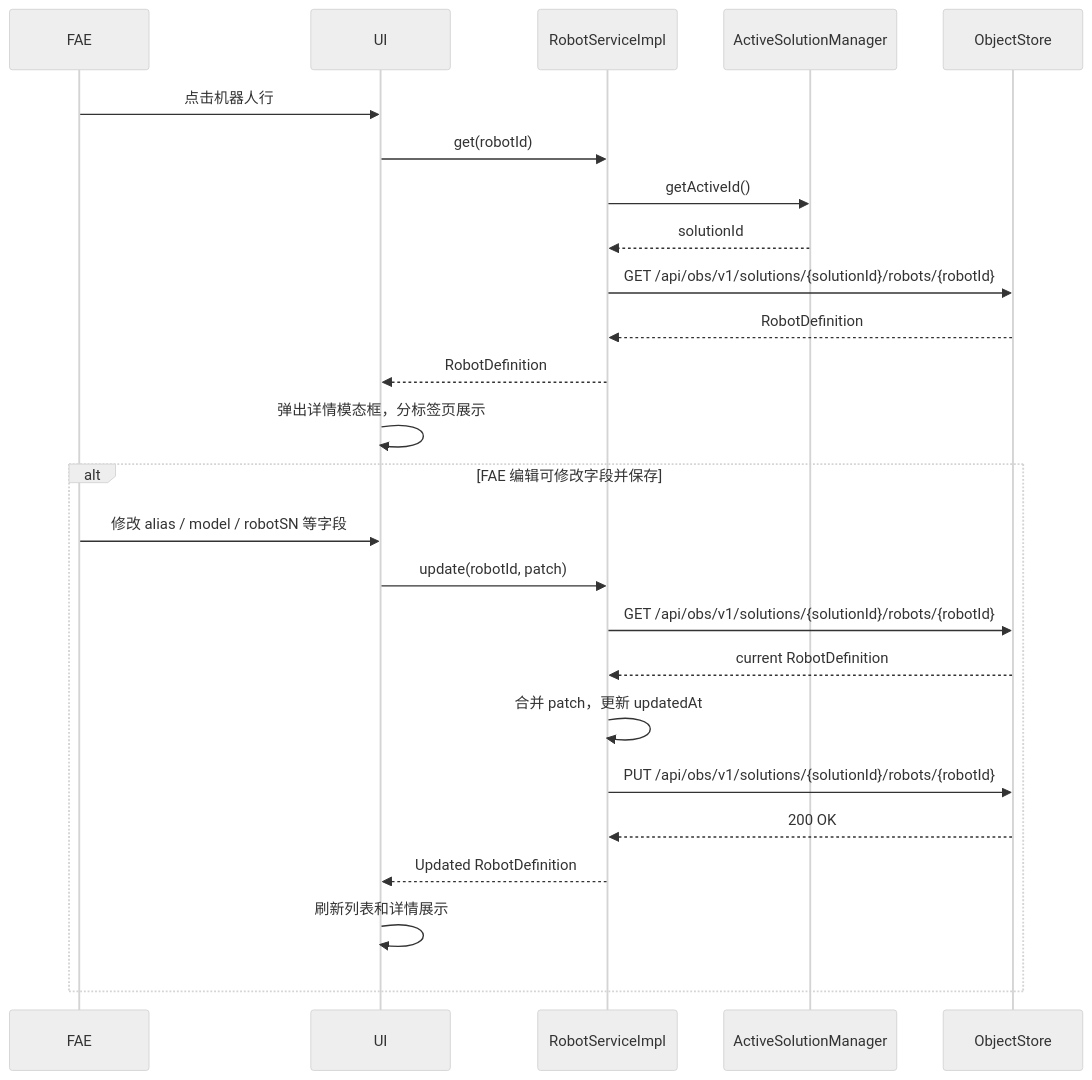
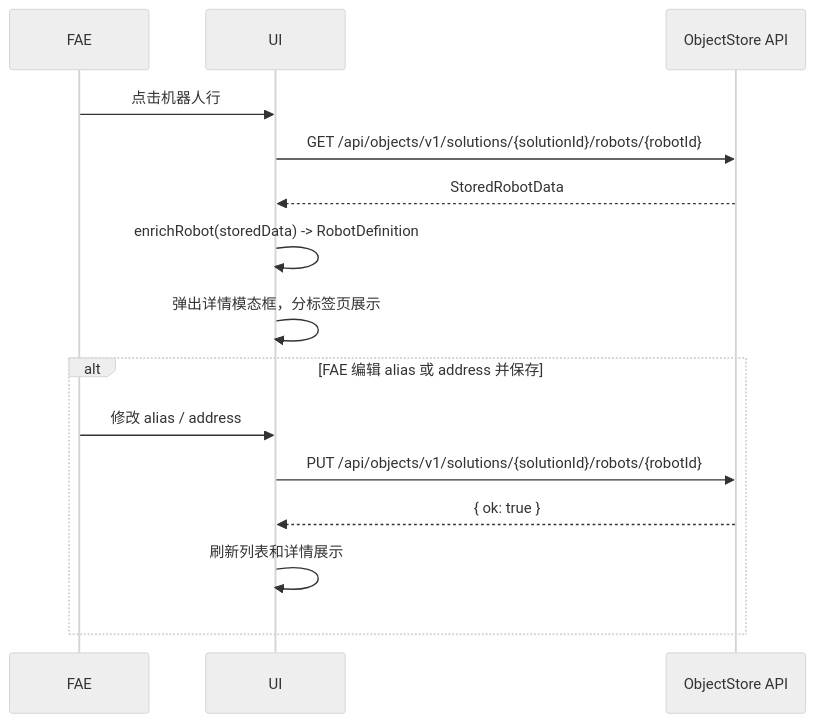
Diagram 11 of 11 in documents/design/solution_management_design.md (etrita005/syrius-robotops), drawn with Mermaid (neutral theme) before and after one commit. The commit also changed other lines of this file and 42 other files, not shown here.

First line of the commit message:
refactor: simplify backend to generic object store API, move business logic to frontend

````diff
--- a/documents/design/solution_management_design.md
+++ b/documents/design/solution_management_design.md
@@ -696,29 +649,19 @@
 ```mermaid
 sequenceDiagram
     participant FAE
     participant UI
-    participant RSI as RobotServiceImpl
-    participant ASM as ActiveSolutionManager
-    participant OS as ObjectStore
+    participant OS as ObjectStore API
 
     FAE->>UI: 点击机器人行
-    UI->>RSI: get(robotId)
-    RSI->>ASM: getActiveId()
-    ASM-->>RSI: solutionId
-    RSI->>OS: GET /api/obs/v1/solutions/{solutionId}/robots/{robotId}
-    OS-->>RSI: RobotDefinition
-    RSI-->>UI: RobotDefinition
+    UI->>OS: GET /api/objects/v1/solutions/{solutionId}/robots/{robotId}
+    OS-->>UI: StoredRobotData
+    UI->>UI: enrichRobot(storedData) -> RobotDefinition
     UI->>UI: 弹出详情模态框，分标签页展示
 
-    alt FAE 编辑可修改字段并保存
-        FAE->>UI: 修改 alias / model / robotSN 等字段
-        UI->>RSI: update(robotId, patch)
-        RSI->>OS: GET /api/obs/v1/solutions/{solutionId}/robots/{robotId}
-        OS-->>RSI: current RobotDefinition
-        RSI->>RSI: 合并 patch，更新 updatedAt
-        RSI->>OS: PUT /api/obs/v1/solutions/{solutionId}/robots/{robotId}
-        OS-->>RSI: 200 OK
-        RSI-->>UI: Updated RobotDefinition
+    alt FAE 编辑 alias 或 address 并保存
+        FAE->>UI: 修改 alias / address
+        UI->>OS: PUT /api/objects/v1/solutions/{solutionId}/robots/{robotId}
+        OS-->>UI: { ok: true }
         UI->>UI: 刷新列表和详情展示
     end
 ```
````
